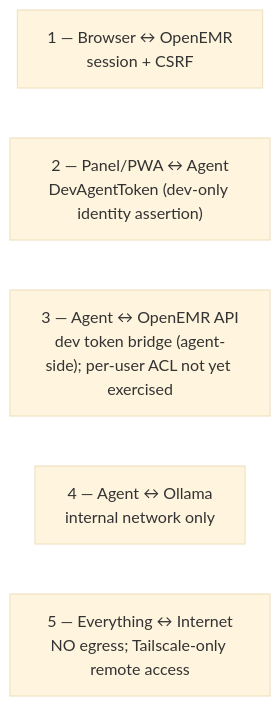
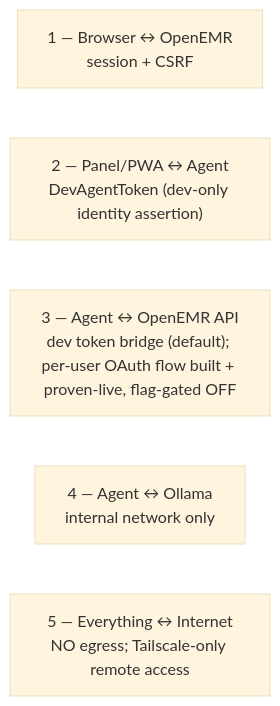
The second of 2 diagrams in docs/ARCHITECTURE.md (franciszver/agentforge-1-clinical-copilot), drawn with Mermaid (base theme) before and after one commit. The commit also changed other lines of this file and 4 other files, not shown here.

First line of the commit message:
docs(auth): #124 Phase 6 finalize — proven-live docs, P2.18 tightened, coverage gate (default OFF) (#191)

````diff
--- a/docs/ARCHITECTURE.md
+++ b/docs/ARCHITECTURE.md
@@ -286,8 +286,8 @@
 ```mermaid
 flowchart LR
     B1["1 — Browser ↔ OpenEMR<br/>session + CSRF"]
     B2["2 — Panel/PWA ↔ Agent<br/>DevAgentToken (dev-only identity assertion)"]
-    B3["3 — Agent ↔ OpenEMR API<br/>dev token bridge (agent-side); per-user ACL not yet exercised"]
+    B3["3 — Agent ↔ OpenEMR API<br/>dev token bridge (default); per-user OAuth flow built + proven-live, flag-gated OFF"]
     B4["4 — Agent ↔ Ollama<br/>internal network only"]
     B5["5 — Everything ↔ Internet<br/>NO egress; Tailscale-only remote access"]
 ```
````
